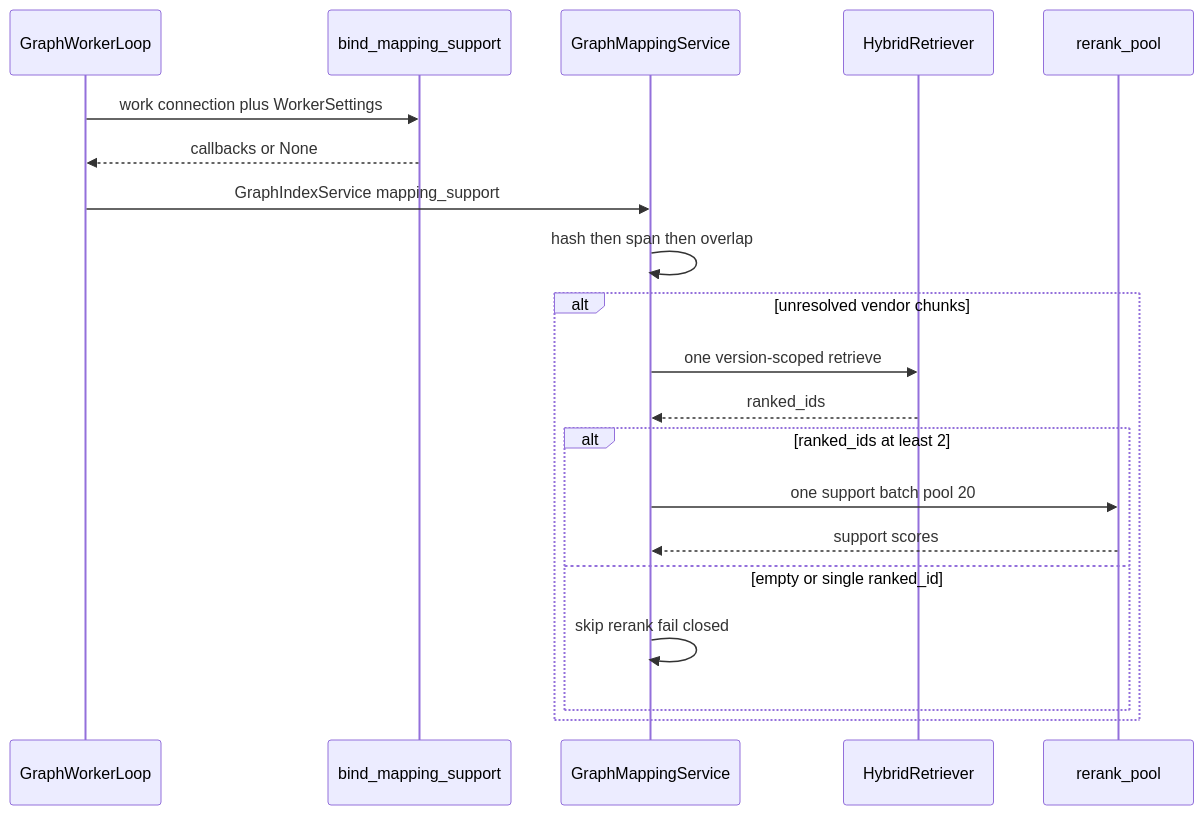
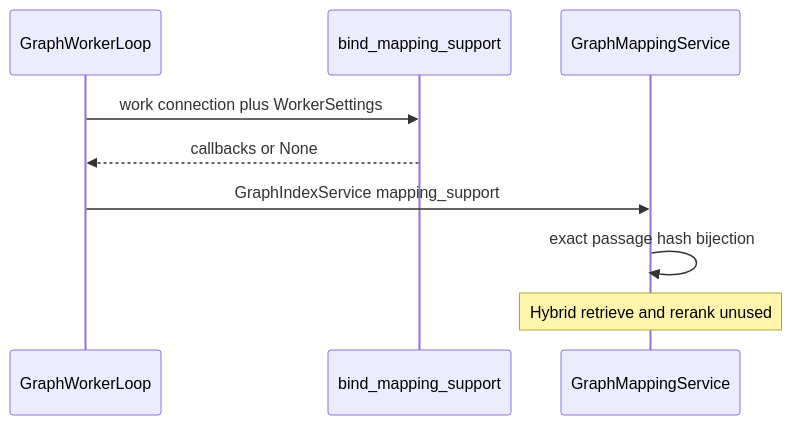
Before and after one commit to Nagdy8888/smart-rag: the second of 2 diagrams in docs/graph/MAPPING.md, drawn with Mermaid. The commit also changed other lines of this file and 68 other files, not shown here.

First line of the commit message:
Enhance graph mapping limits and improve error handling in graph runner

````diff
--- a/docs/graph/MAPPING.md
+++ b/docs/graph/MAPPING.md
@@ -76,22 +80,11 @@
 ```mermaid
 sequenceDiagram
   participant Worker as GraphWorkerLoop
   participant Bind as bind_mapping_support
   participant Mapper as GraphMappingService
-  participant Hybrid as HybridRetriever
-  participant Rerank as rerank_pool
   Worker->>Bind: work connection plus WorkerSettings
   Bind-->>Worker: callbacks or None
   Worker->>Mapper: GraphIndexService mapping_support
-  Mapper->>Mapper: hash then span then overlap
-  alt unresolved vendor chunks
-    Mapper->>Hybrid: one version-scoped retrieve
-    Hybrid-->>Mapper: ranked_ids
-    alt ranked_ids at least 2
-      Mapper->>Rerank: one support batch pool 20
-      Rerank-->>Mapper: support scores
-    else empty or single ranked_id
-      Mapper->>Mapper: skip rerank fail closed
-    end
-  end
+  Mapper->>Mapper: exact passage hash bijection
+  Note over Mapper: Hybrid retrieve and rerank unused
 ```
````
